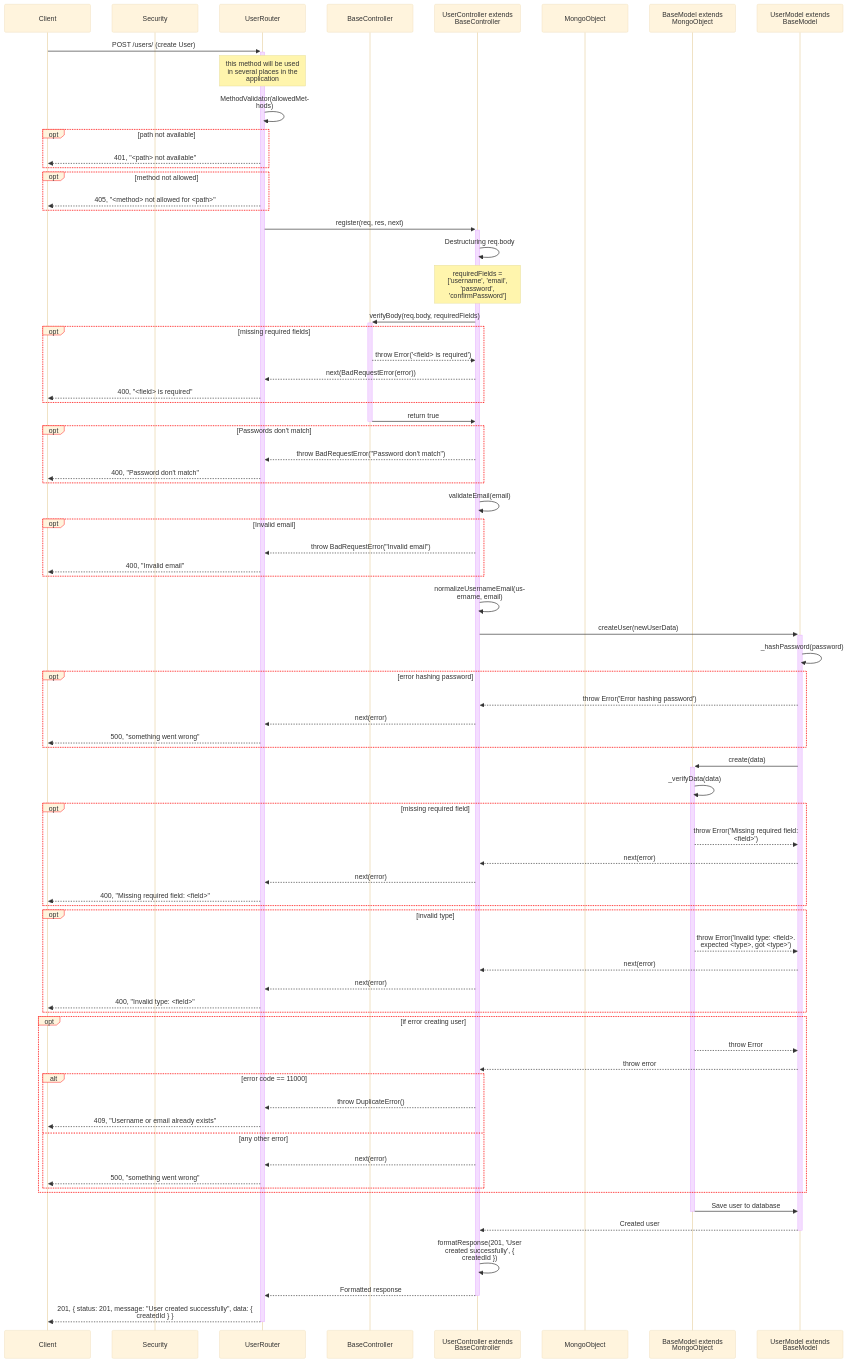
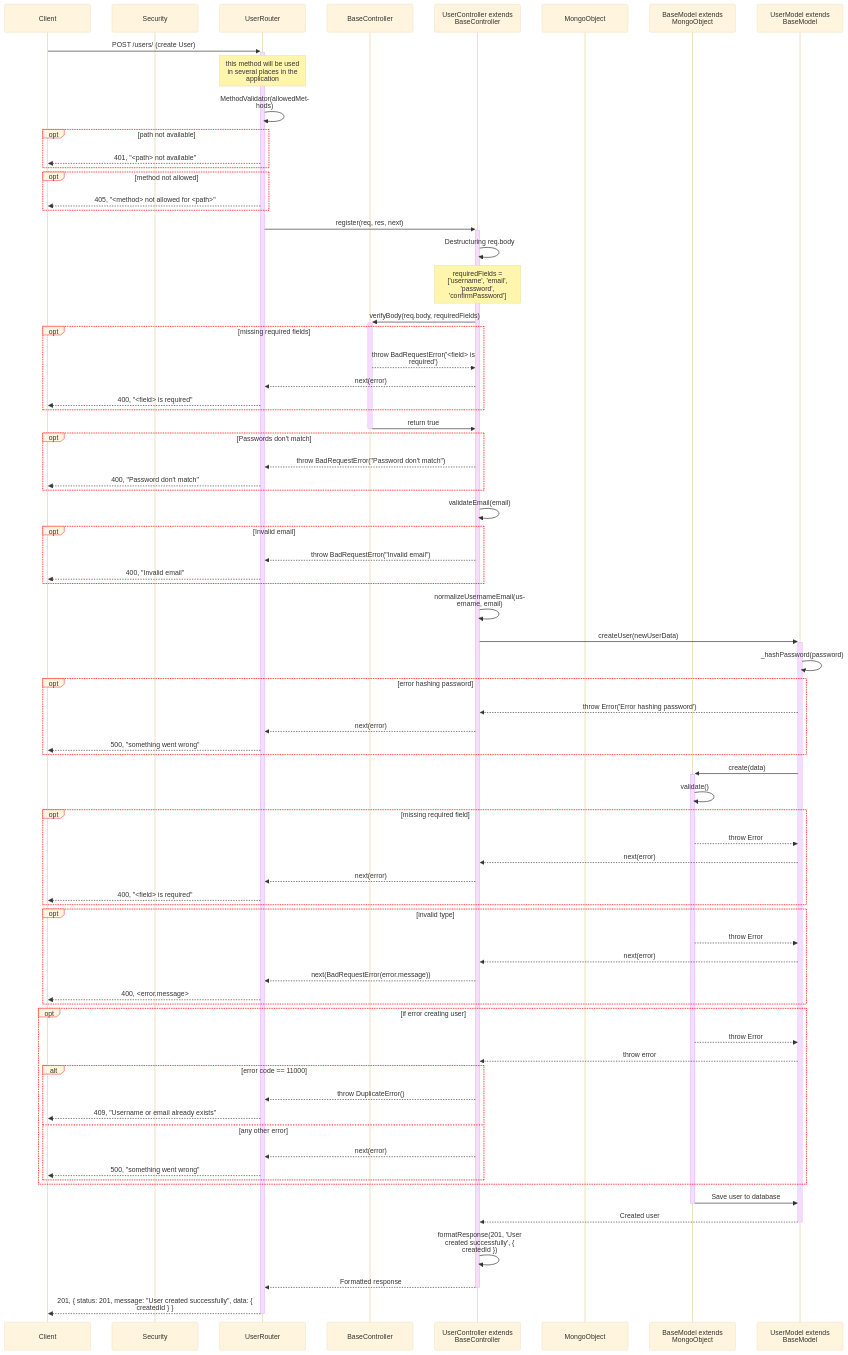
Before and after one commit to SawatKia/WealthTracking: the diagram in design/newClassesDesign/UserManagement/create.mmd, drawn with Mermaid. The commit also changed 4 other files, not shown here.

Commit message:
update diagram

```diff
--- a/design/newClassesDesign/UserManagement/create.mmd
+++ b/design/newClassesDesign/UserManagement/create.mmd
@@ -1,90 +1,90 @@
 %%{
     init: {
         "theme":"base",
         "themeVariables": {
             "fontFamily": "system-ui",
             'labelBoxBorderColor': '#ff0000'
         },
         "sequence": { 
             "wrap": true, 
             "width": 200 
         } 
     }
 }%%
 sequenceDiagram
     participant Client
     participant Sec as Security
     participant Router as UserRouter
     participant BaseCont as BaseController
     participant Cont as UserController extends BaseController
     participant MongoObject as MongoObject
     participant BaseModel as BaseModel extends MongoObject
     participant Model as UserModel extends BaseModel
 
     %% Create User
     Client->>+Router: POST /users/ (create User)
     Note over Router: this method will be used in several places in the application
     Router->>Router: MethodValidator(allowedMethods)
     opt path not available
         Router-->>Client: 401, "<path> not available"
     end
     opt method not allowed
         Router-->>Client: 405, "<method> not allowed for <path>"
     end
     Router->>+Cont: register(req, res, next)
     Cont->>Cont: Destructuring req.body
     Note over Cont: requiredFields = ['username', 'email', 'password', 'confirmPassword']
     Cont->>+BaseCont: verifyBody(req.body, requiredFields)
     opt missing required fields
-        BaseCont-->>Cont: throw Error('<field> is required')
-        Cont-->>Router: next(BadRequestError(error))
+        BaseCont-->>Cont: throw BadRequestError('<field> is required')
+        Cont-->>Router: next(error)
         Router-->>Client: 400, "<field> is required"
     end
     BaseCont->>-Cont: return true
     opt Passwords don't match
         Cont-->>Router: throw BadRequestError("Password don't match")
         Router-->>Client: 400, "Password don't match"
     end
     Cont->>Cont: validateEmail(email)
     opt Invalid email
         Cont-->>Router: throw BadRequestError("Invalid email")
         Router-->>Client: 400, "Invalid email"
     end
     Cont->>Cont: normalizeUsernameEmail(username, email)
     Cont->>+Model: createUser(newUserData)
     Model->>Model: _hashPassword(password)
     opt error hashing password
         Model-->>Cont: throw Error('Error hashing password')
         Cont-->>Router: next(error)
         Router-->>Client: 500, "something went wrong"
     end
     Model->>+BaseModel: create(data)
-    BaseModel->>BaseModel: _verifyData(data)
+    BaseModel->>BaseModel: validate()
     opt missing required field
-        BaseModel-->>Model: throw Error('Missing required field: <field>')
+        BaseModel-->>Model: throw Error
         Model-->>Cont: next(error)
         Cont-->>Router: next(error)
-        Router-->>Client: 400, "Missing required field: <field>"
+        Router-->>Client: 400, "<field> is required"
     end
     opt invalid type
-        BaseModel-->>Model: throw Error('Invalid type: <field>. expected <type>, got <type>')
+        BaseModel-->>Model: throw Error
         Model-->>Cont: next(error)
-        Cont-->>Router: next(error)
-        Router-->>Client: 400, "Invalid type: <field>"
+        Cont-->>Router: next(BadRequestError(error.message))
+        Router-->>Client: 400, <error.message>
     end
     opt if error creating user
         BaseModel-->>Model: throw Error
         Model-->>Cont: throw error
         alt error code == 11000
             Cont-->>Router: throw DuplicateError()
             Router-->>Client: 409, "Username or email already exists"
         else any other error
             Cont-->>Router: next(error)
             Router-->>Client: 500, "something went wrong"
         end
     end
     BaseModel->>-Model: Save user to database
     Model-->>-Cont: Created user
     Cont->>Cont: formatResponse(201, 'User created successfully', { createdId })
     Cont-->>-Router: Formatted response
     Router-->>-Client: 201, { status: 201, message: "User created successfully", data: { createdId } }
```
